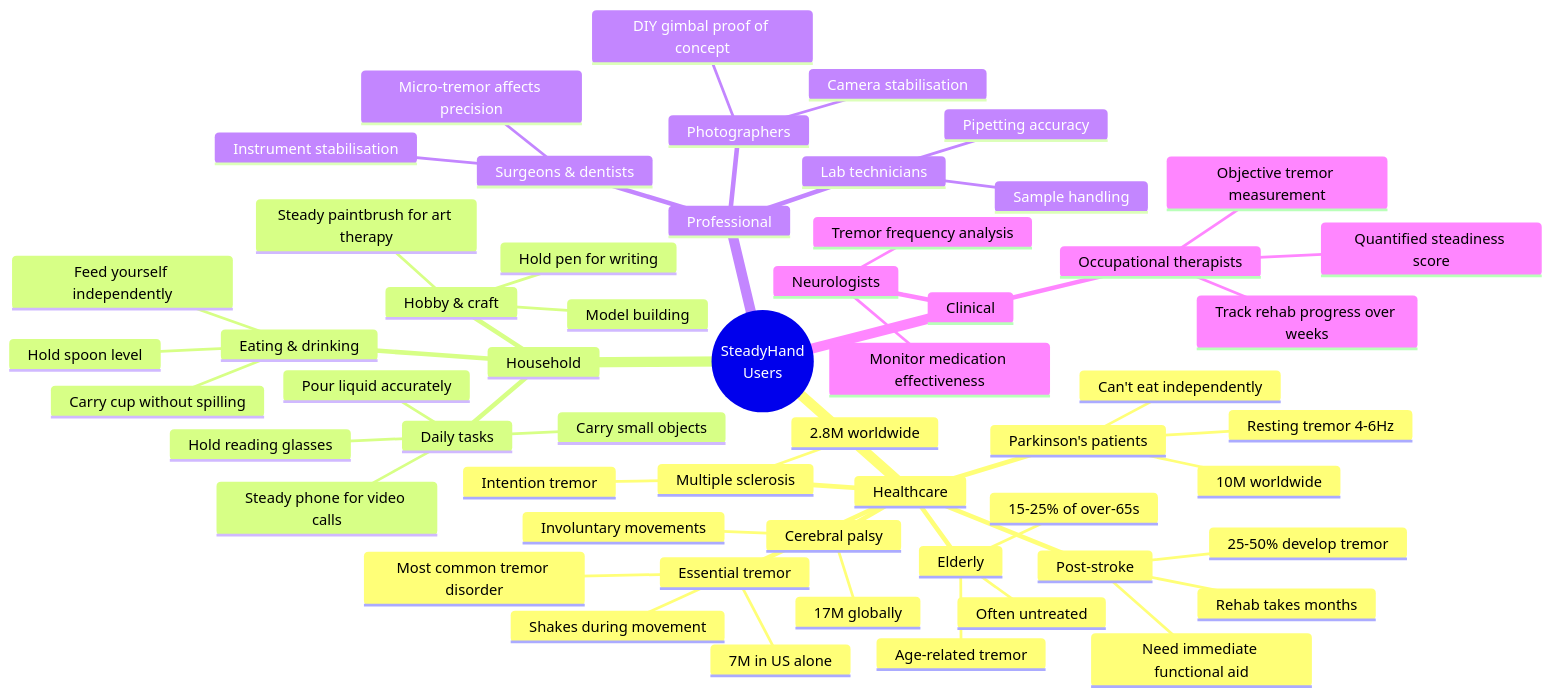
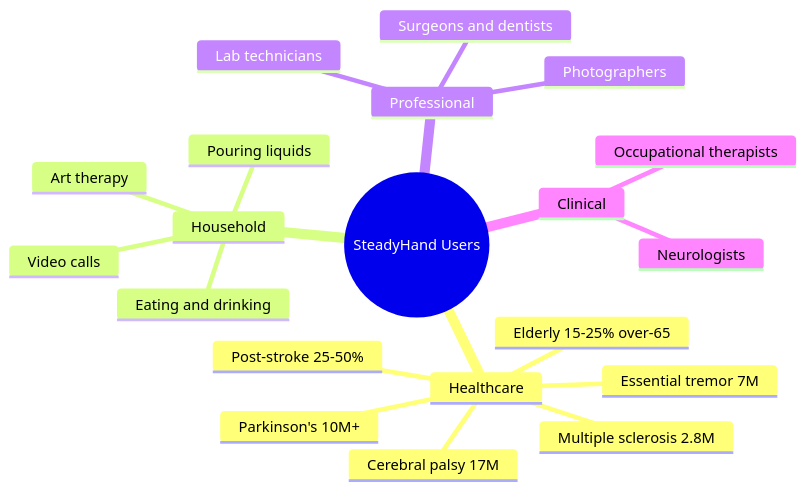
One commit to doyun-gu/hack-a-bot-2026 changed the fifth of 9 diagrams in docs/steadyhand-proposal.md. Above: the diagram before and after it, drawn with Mermaid. The commit also changed other lines of this file and 3 other files, not shown here.

First line of the commit message:
Clean up diagrams + add EEE theory + ventilation application

````diff
--- a/docs/steadyhand-proposal.md
+++ b/docs/steadyhand-proposal.md
@@ -182,59 +141,23 @@
 ```mermaid
 mindmap
-  root((SteadyHand<br/>Users))
+  root((SteadyHand Users))
     Healthcare
-      Parkinson's patients
-        10M worldwide
-        Resting tremor 4-6Hz
-        Can't eat independently
-      Essential tremor
-        7M in US alone
-        Shakes during movement
-        Most common tremor disorder
-      Post-stroke
-        25-50% develop tremor
-        Rehab takes months
-        Need immediate functional aid
-      Elderly
-        15-25% of over-65s
-        Age-related tremor
-        Often untreated
-      Cerebral palsy
-        17M globally
-        Involuntary movements
-      Multiple sclerosis
-        2.8M worldwide
-        Intention tremor
+      Parkinson's 10M+
+      Essential tremor 7M
+      Post-stroke 25-50%
+      Elderly 15-25% over-65
+      Cerebral palsy 17M
+      Multiple sclerosis 2.8M
     Household
-      Eating & drinking
-        Hold spoon level
-        Carry cup without spilling
-        Feed yourself independently
-      Daily tasks
-        Steady phone for video calls
-        Hold reading glasses
-        Carry small objects
-        Pour liquid accurately
-      Hobby & craft
-        Steady paintbrush for art therapy
-        Hold pen for writing
-        Model building
+      Eating and drinking
+      Video calls
+      Pouring liquids
+      Art therapy
     Professional
-      Surgeons & dentists
-        Micro-tremor affects precision
-        Instrument stabilisation
+      Surgeons and dentists
       Lab technicians
-        Pipetting accuracy
-        Sample handling
       Photographers
-        Camera stabilisation
-        DIY gimbal proof of concept
     Clinical
       Occupational therapists
-        Objective tremor measurement
-        Track rehab progress over weeks
-        Quantified steadiness score
       Neurologists
-        Monitor medication effectiveness
-        Tremor frequency analysis
 ```
````
